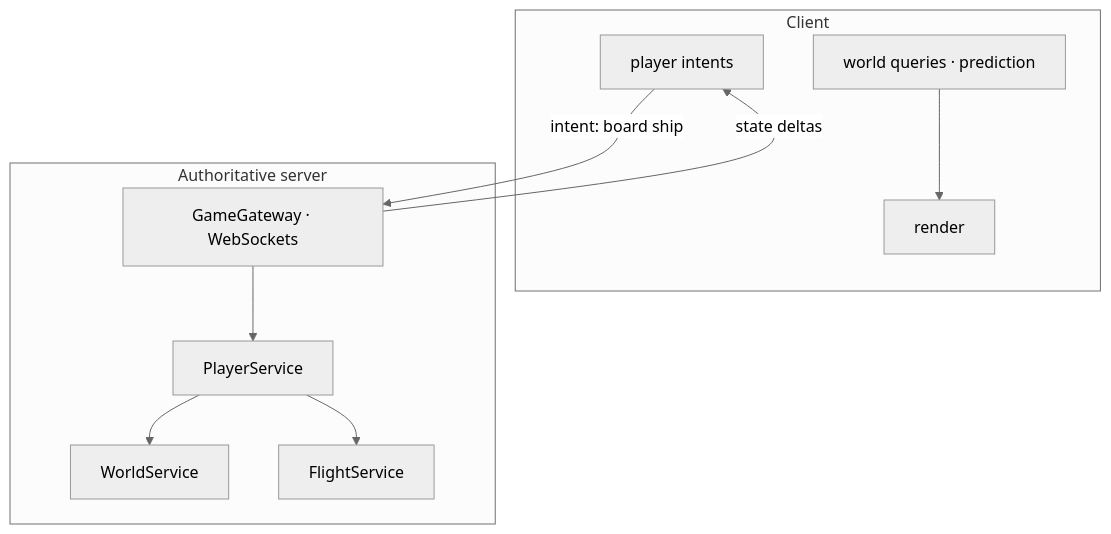
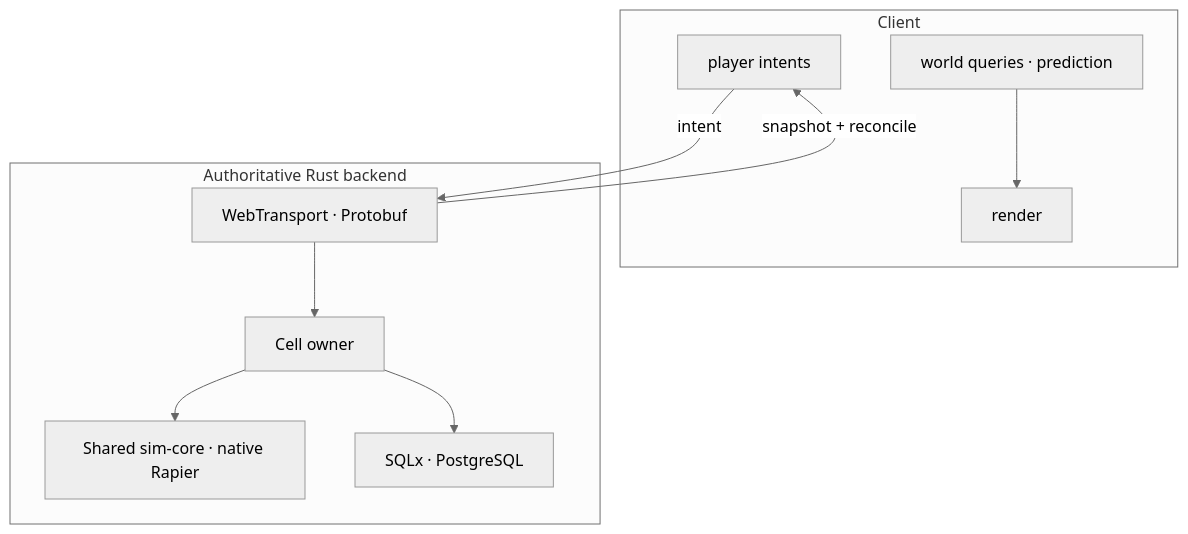
The fifth of 5 diagrams in docs/docs/engineering/domain-design.md (AlanGreyjoy/claudecitizen), drawn with Mermaid (neutral theme) before and after one commit. The commit also changed other lines of this file and 195 other files, not shown here.

````diff
--- a/docs/docs/engineering/domain-design.md
+++ b/docs/docs/engineering/domain-design.md
@@ -170,22 +170,22 @@
 ```mermaid
 flowchart TB
   subgraph client ["Client"]
     CWorld[world queries · prediction]
     CPlayer[player intents]
     CRender[render]
   end
 
-  subgraph server ["Authoritative server"]
-    SW[WorldService]
-    SF[FlightService]
-    SP[PlayerService]
-    SG[GameGateway · WebSockets]
+  subgraph server ["Authoritative Rust backend"]
+    GW[WebTransport · Protobuf]
+    Cell[Cell owner]
+    Sim[Shared sim-core · native Rapier]
+    Store[SQLx · PostgreSQL]
   end
 
-  CPlayer -->|intent: board ship| SG
-  SG --> SP
-  SP --> SF
-  SP --> SW
-  SG -->|state deltas| CPlayer
+  CPlayer -->|intent| GW
+  GW --> Cell
+  Cell --> Sim
+  Cell --> Store
+  GW -->|snapshot + reconcile| CPlayer
   CWorld --> CRender
 ```
````
